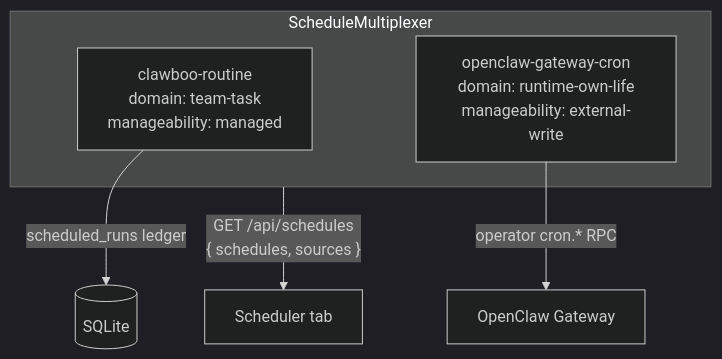
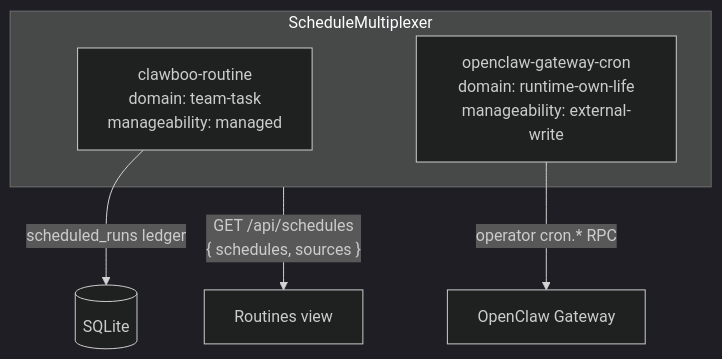
The second of 2 diagrams in docs/internals/seams.md (clawboo/clawboo), drawn with Mermaid (dark theme) before and after one commit. The commit also changed other lines of this file and 98 other files, not shown here.

First line of the commit message:
feat(routines): replace the Scheduler with Routines for teams and agents (#221)

````diff
--- a/docs/internals/seams.md
+++ b/docs/internals/seams.md
@@ -141,10 +141,10 @@
 ```mermaid
 flowchart TD
     subgraph mux["ScheduleMultiplexer"]
         r["clawboo-routine\ndomain: team-task\nmanageability: managed"]
         g["openclaw-gateway-cron\ndomain: runtime-own-life\nmanageability: external-write"]
     end
     r -->|scheduled_runs ledger| ledger[(SQLite)]
     g -->|operator cron.* RPC| gw[OpenClaw Gateway]
-    mux -->|"GET /api/schedules\n{ schedules, sources }"| tab[Scheduler tab]
+    mux -->|"GET /api/schedules\n{ schedules, sources }"| tab[Routines view]
 ```
````
